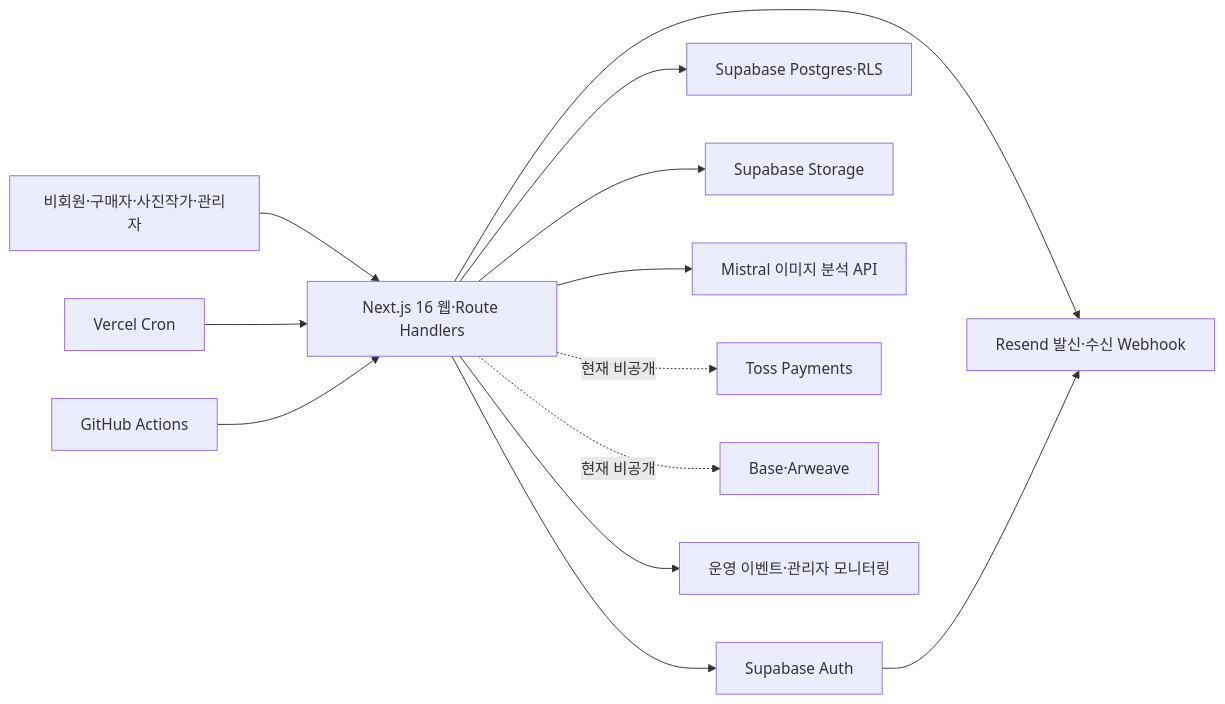
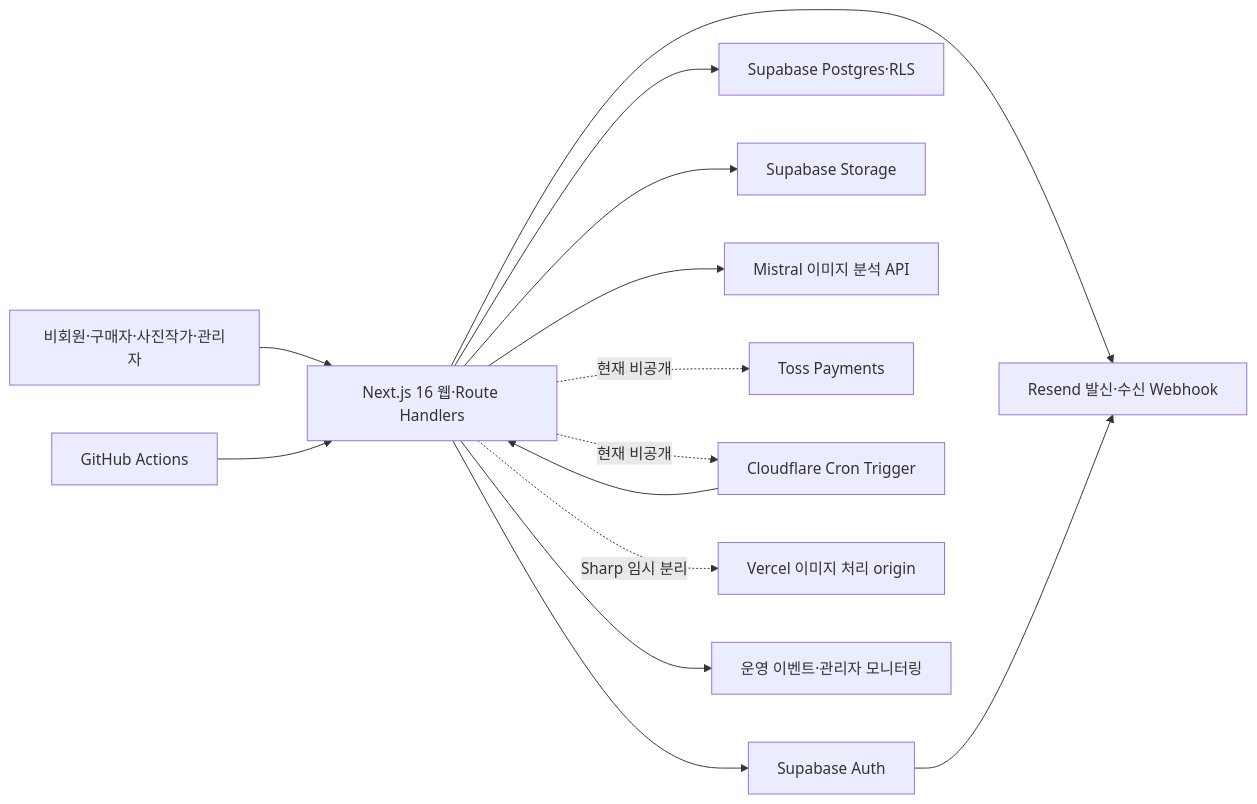
The diagram in docs/system-definition.md (veronicaJeon/imageptns), drawn with Mermaid before and after one commit. The commit also changed other lines of this file and 27 other files, not shown here.

````diff
--- a/docs/system-definition.md
+++ b/docs/system-definition.md
@@ -40,15 +40,16 @@
 ```mermaid
 flowchart LR
     U["비회원·구매자·사진작가·관리자"] --> W["Next.js 16 웹·Route Handlers"]
     W --> A["Supabase Auth"]
     W --> D["Supabase Postgres·RLS"]
     W --> S["Supabase Storage"]
     W --> M["Mistral 이미지 분석 API"]
     W --> R["Resend 발신·수신 Webhook"]
     A --> R
     W -. "현재 비공개" .-> T["Toss Payments"]
     W -. "현재 비공개" .-> C["Base·Arweave"]
-    V["Vercel Cron"] --> W
+    C["Cloudflare Cron Trigger"] --> W
+    W -. "Sharp 임시 분리" .-> V["Vercel 이미지 처리 origin"]
     G["GitHub Actions"] --> W
     W --> O["운영 이벤트·관리자 모니터링"]
 ```
````
